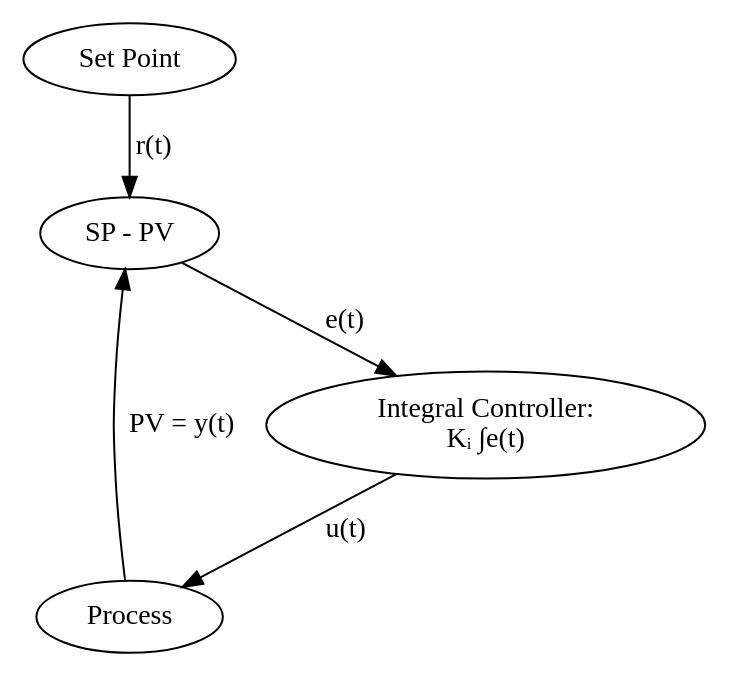
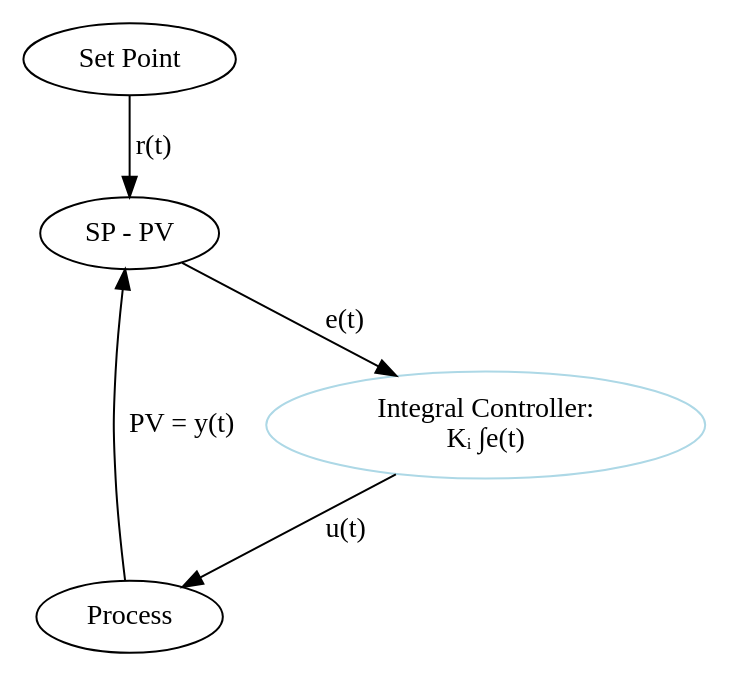
One commit to brain-fuel-co/feedback changed the diagram in pid-dotfiles/i-controller.dot. Above: the diagram before and after it, drawn with Graphviz. The commit also changed 11 other files, not shown here.

```diff
--- a/pid-dotfiles/i-controller.dot
+++ b/pid-dotfiles/i-controller.dot
@@ -1,11 +1,11 @@
 digraph I {
     SP [label="Set Point"];
     PR [label="Process"];
     S1 [label="SP - PV"];
-    I  [label="Integral Controller:\nKᵢ ∫e(t)"];
+    I  [color=lightblue,label="Integral Controller:\nKᵢ ∫e(t)"];
 
     SP -> S1 [label="r(t)"];
     PR -> S1 [label="PV = y(t)"];
     S1 -> I  [label="e(t)"];
     I  -> PR [label="u(t)"];
 }
```
